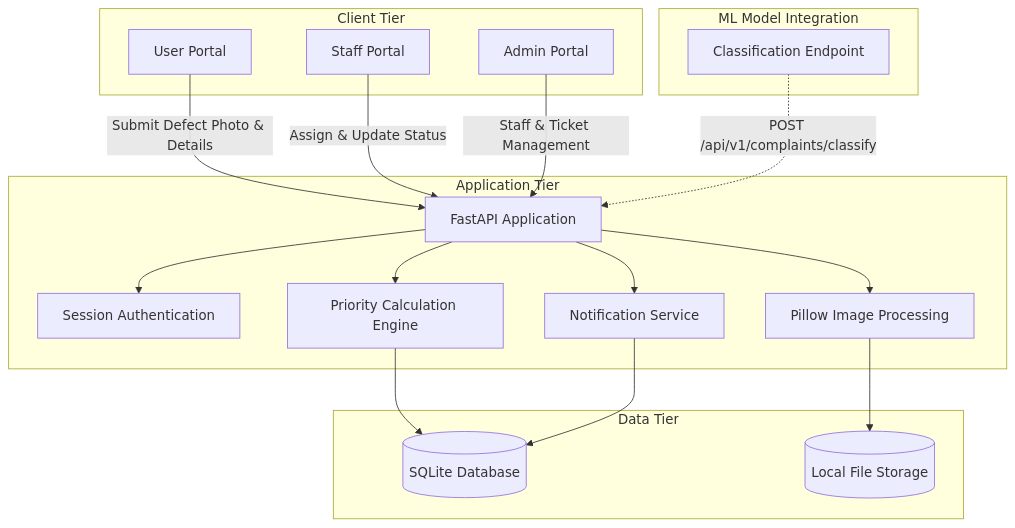
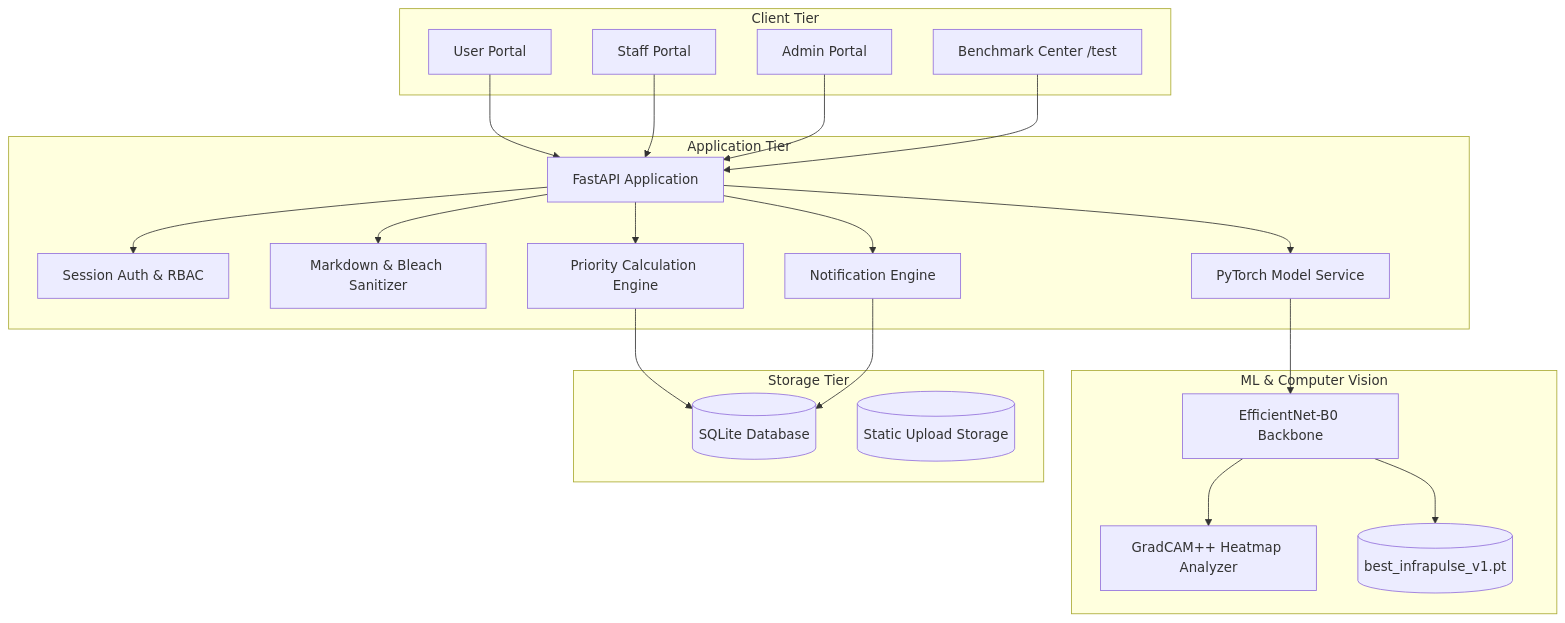
Before and after one commit to Bittu5134/InfraPulse: the diagram in README.md, drawn with Mermaid. The commit also changed other lines of this file and 13 other files, not shown here.

Commit message:
feat: add WYSIWYG Markdown editor with live preview, safe HTML sanitizer, and update docs and README with all PS & QoL features

````diff
--- a/README.md
+++ b/README.md
@@ -9,37 +81,44 @@
 ```mermaid
 graph TD
     subgraph Client Tier
         U[User Portal]
         S[Staff Portal]
         A[Admin Portal]
+        B[Benchmark Center /test]
     end
 
     subgraph Application Tier
         Router[FastAPI Application]
-        Auth[Session Authentication]
-        ImageHandler[Pillow Image Processing]
+        Auth[Session Auth & RBAC]
+        MDEngine[Markdown & Bleach Sanitizer]
+        ModelService[PyTorch Model Service]
         PriorityEngine[Priority Calculation Engine]
-        NotificationService[Notification Service]
+        NotificationService[Notification Engine]
     end
 
-    subgraph Data Tier
-        DB[(SQLite Database)]
-        Storage[(Local File Storage)]
+    subgraph ML & Computer Vision
+        Net[EfficientNet-B0 Backbone]
+        GradCAM[GradCAM++ Heatmap Analyzer]
+        Weights[(best_infrapulse_v1.pt)]
     end
 
-    subgraph ML Model Integration
-        ML[Classification Endpoint]
+    subgraph Storage Tier
+        DB[(SQLite Database)]
+        Uploads[(Static Upload Storage)]
     end
 
-    U -->|Submit Defect Photo & Details| Router
-    S -->|Assign & Update Status| Router
-    A -->|Staff & Ticket Management| Router
+    U --> Router
+    S --> Router
+    A --> Router
+    B --> Router
     Router --> Auth
-    Router --> ImageHandler
-    ImageHandler --> Storage
+    Router --> MDEngine
+    Router --> ModelService
+    ModelService --> Net
+    Net --> GradCAM
+    Net --> Weights
     Router --> PriorityEngine
     PriorityEngine --> DB
     Router --> NotificationService
     NotificationService --> DB
-    ML -.->|POST /api/v1/complaints/classify| Router
 ```
````
